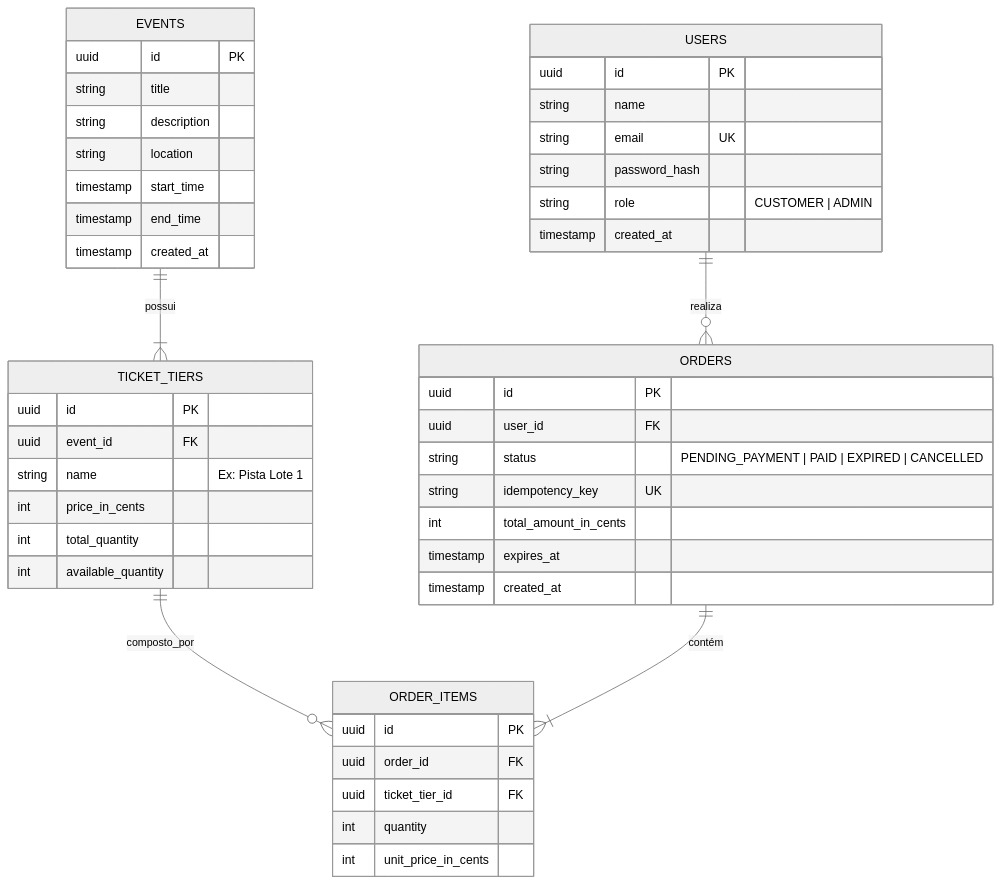
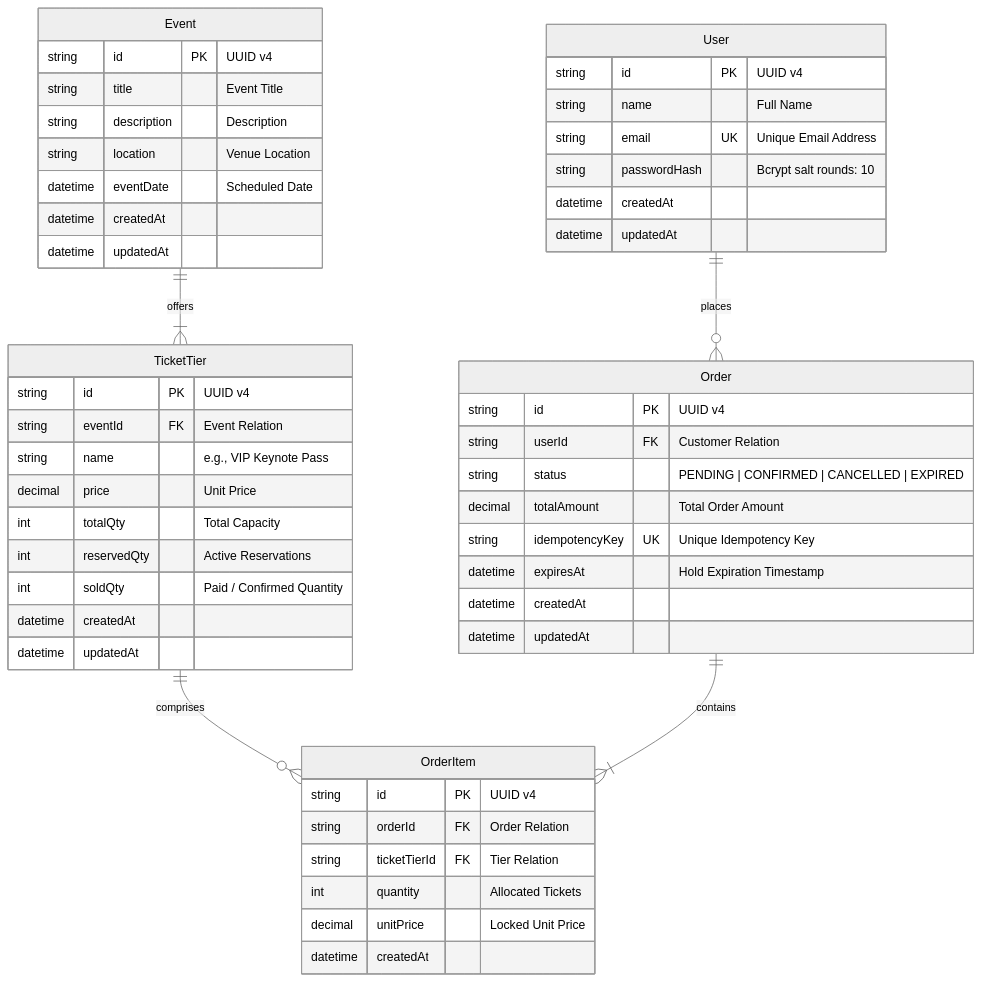
Before and after one commit to duduvf11/event-driven-ticketing-system: the third of 3 diagrams in docs/architecture.md, drawn with Mermaid (neutral theme). The commit also changed other lines of this file and 5 other files, not shown here.

````diff
--- a/docs/architecture.md
+++ b/docs/architecture.md
@@ -41,53 +117,58 @@
 ```mermaid
 erDiagram
-    USERS ||--o{ ORDERS : "realiza"
-    EVENTS ||--|{ TICKET_TIERS : "possui"
-    TICKET_TIERS ||--o{ ORDER_ITEMS : "composto_por"
-    ORDERS ||--|{ ORDER_ITEMS : "contém"
+    User ||--o{ Order : "places"
+    Event ||--|{ TicketTier : "offers"
+    TicketTier ||--o{ OrderItem : "comprises"
+    Order ||--|{ OrderItem : "contains"
 
-    USERS {
-        uuid id PK
-        string name
-        string email UK
-        string password_hash
-        string role "CUSTOMER | ADMIN"
-        timestamp created_at
+    User {
+        string id PK "UUID v4"
+        string name "Full Name"
+        string email UK "Unique Email Address"
+        string passwordHash "Bcrypt salt rounds: 10"
+        datetime createdAt
+        datetime updatedAt
     }
 
-    EVENTS {
-        uuid id PK
-        string title
-        string description
-        string location
-        timestamp start_time
-        timestamp end_time
-        timestamp created_at
+    Event {
+        string id PK "UUID v4"
+        string title "Event Title"
+        string description "Description"
+        string location "Venue Location"
+        datetime eventDate "Scheduled Date"
+        datetime createdAt
+        datetime updatedAt
     }
 
-    TICKET_TIERS {
-        uuid id PK
-        uuid event_id FK
-        string name "Ex: Pista Lote 1"
-        int price_in_cents
-        int total_quantity
-        int available_quantity
+    TicketTier {
+        string id PK "UUID v4"
+        string eventId FK "Event Relation"
+        string name "e.g., VIP Keynote Pass"
+        decimal price "Unit Price"
+        int totalQty "Total Capacity"
+        int reservedQty "Active Reservations"
+        int soldQty "Paid / Confirmed Quantity"
+        datetime createdAt
+        datetime updatedAt
     }
 
-    ORDERS {
-        uuid id PK
-        uuid user_id FK
-        string status "PENDING_PAYMENT | PAID | EXPIRED | CANCELLED"
-        string idempotency_key UK
-        int total_amount_in_cents
-        timestamp expires_at
-        timestamp created_at
+    Order {
+        string id PK "UUID v4"
+        string userId FK "Customer Relation"
+        string status "PENDING | CONFIRMED | CANCELLED | EXPIRED"
+        decimal totalAmount "Total Order Amount"
+        string idempotencyKey UK "Unique Idempotency Key"
+        datetime expiresAt "Hold Expiration Timestamp"
+        datetime createdAt
+        datetime updatedAt
     }
 
-    ORDER_ITEMS {
-        uuid id PK
-        uuid order_id FK
-        uuid ticket_tier_id FK
-        int quantity
-        int unit_price_in_cents
+    OrderItem {
+        string id PK "UUID v4"
+        string orderId FK "Order Relation"
+        string ticketTierId FK "Tier Relation"
+        int quantity "Allocated Tickets"
+        decimal unitPrice "Locked Unit Price"
+        datetime createdAt
     }
 ```
````
